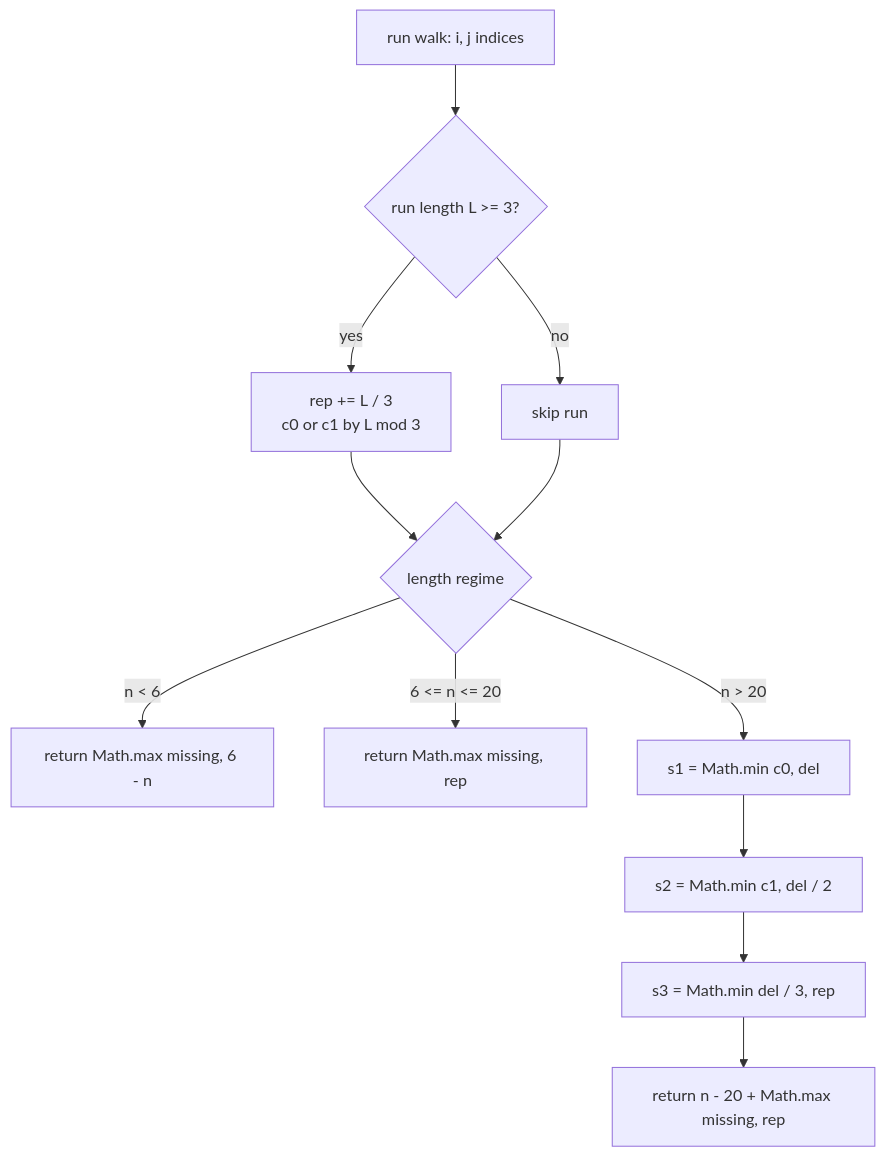
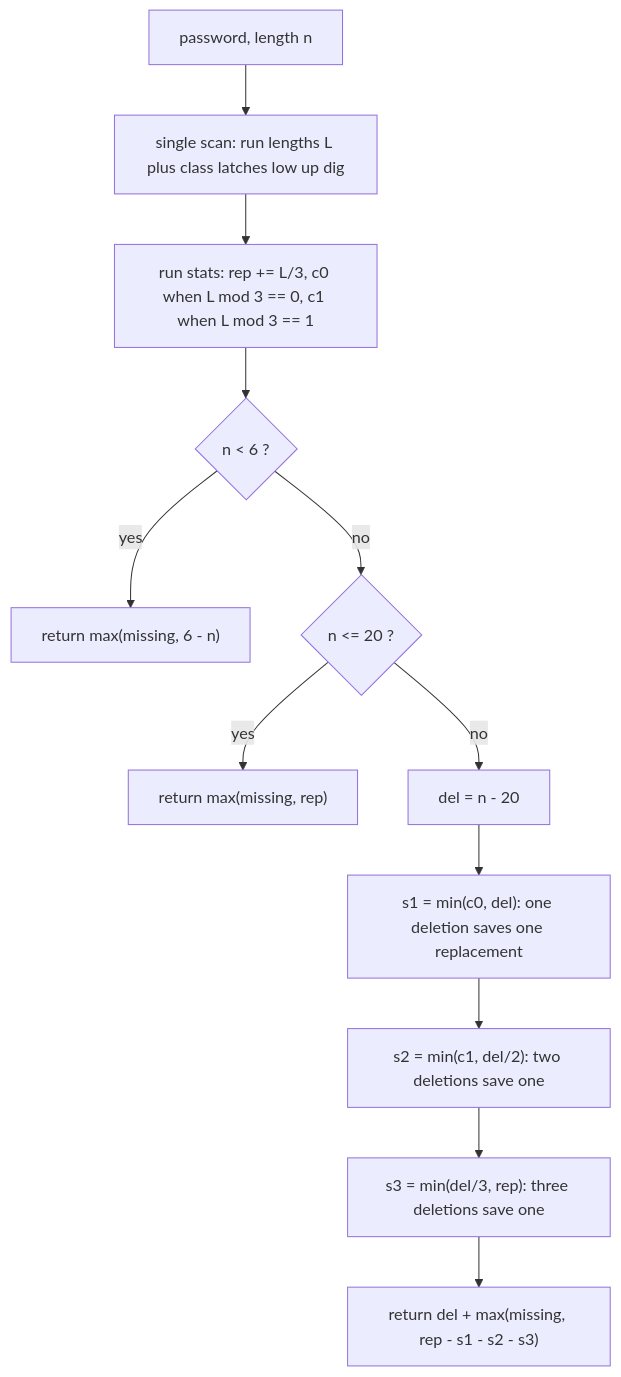
The diagram in Problem/420-strong-password-checker /Java/README.md (taro902/Leetcode-Solution), drawn with Mermaid before and after one commit. The commit also changed other lines of this file, not shown here.

````diff
--- a/Problem/420-strong-password-checker /Java/README.md
+++ b/Problem/420-strong-password-checker /Java/README.md
@@ -60,14 +82,14 @@
 ```mermaid
 flowchart TD
-    A[run walk: i, j indices] --> B{run length L >= 3?}
-    B -- yes --> C[rep += L / 3<br/>c0 or c1 by L mod 3]
-    B -- no --> D[skip run]
-    C --> E{length regime}
-    D --> E
-    E -- n < 6 --> F[return Math.max missing, 6 - n]
-    E -- 6 <= n <= 20 --> G[return Math.max missing, rep]
-    E -- n > 20 --> H[s1 = Math.min c0, del]
-    H --> I2[s2 = Math.min c1, del / 2]
-    I2 --> J[s3 = Math.min del / 3, rep]
-    J --> K[return n - 20 + Math.max missing, rep]
+    A["password, length n"] --> B["single scan: run lengths L plus class latches low up dig"]
+    B --> C["run stats: rep += L/3, c0 when L mod 3 == 0, c1 when L mod 3 == 1"]
+    C --> D{"n < 6 ?"}
+    D -- yes --> E["return max(missing, 6 - n)"]
+    D -- no --> F{"n <= 20 ?"}
+    F -- yes --> G["return max(missing, rep)"]
+    F -- no --> H["del = n - 20"]
+    H --> I["s1 = min(c0, del): one deletion saves one replacement"]
+    I --> J["s2 = min(c1, del/2): two deletions save one"]
+    J --> K["s3 = min(del/3, rep): three deletions save one"]
+    K --> L["return del + max(missing, rep - s1 - s2 - s3)"]
 ```
````
